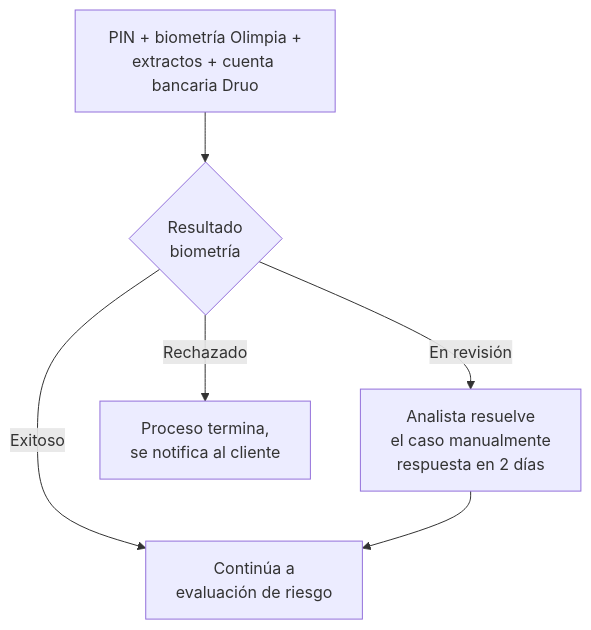
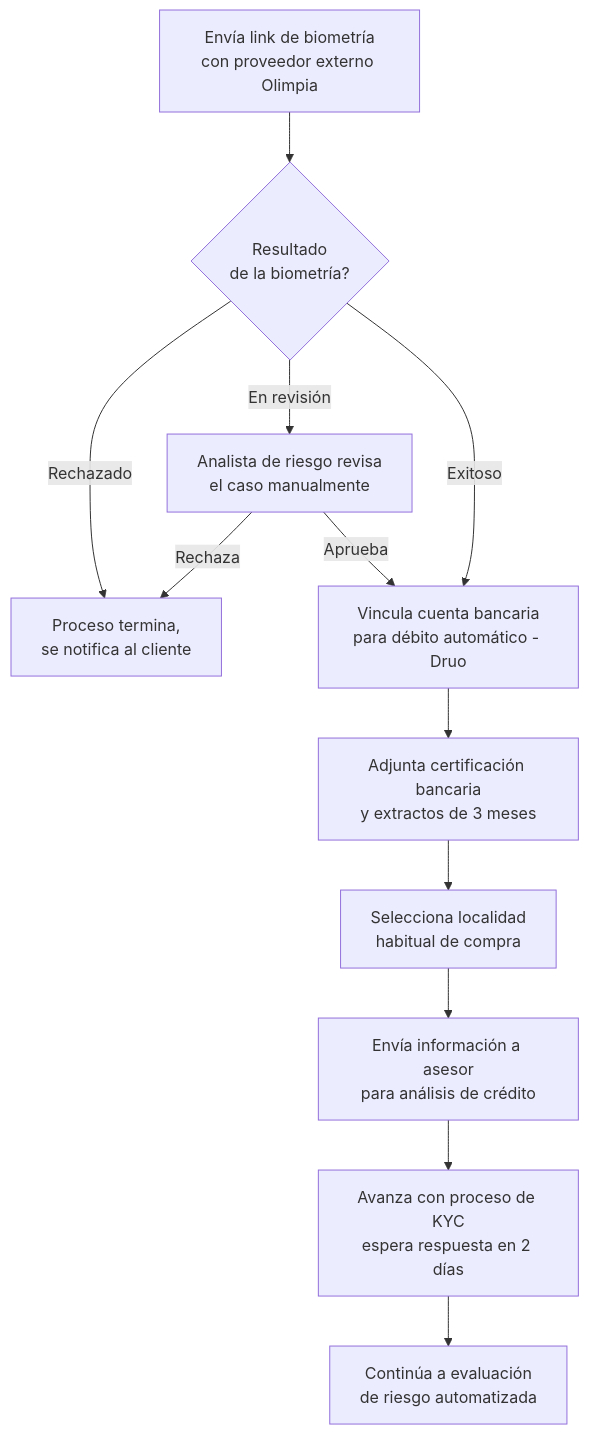
One commit to MariaFer2006/documentaci-n_flipa- changed the diagram in negocio/procesos/03-validacion-kyc.md. Above: the diagram before and after it, drawn with Mermaid. The commit also changed other lines of this file, not shown here.

First line of the commit message:
Mejore la documentación de KYC con control de versiones y actualizaciones de flujo.

````diff
--- a/negocio/procesos/03-validacion-kyc.md
+++ b/negocio/procesos/03-validacion-kyc.md
@@ -17,8 +26,14 @@
 ```mermaid
 flowchart TD
-    A[PIN + biometría Olimpia +\nextractos + cuenta bancaria Druo] --> B{Resultado\nbiometría}
-    B -->|Exitoso| C[Continúa a\nevaluación de riesgo]
-    B -->|En revisión| D[Analista resuelve\nel caso manualmente\nrespuesta en 2 días]
-    D --> C
-    B -->|Rechazado| E[Proceso termina,\nse notifica al cliente]
+    A[Envía link de biometría\ncon proveedor externo Olimpia] --> B{Resultado\nde la biometría?}
+    B -->|Rechazado| C[Proceso termina,\nse notifica al cliente]
+    B -->|En revisión| D[Analista de riesgo revisa\nel caso manualmente]
+    D -->|Rechaza| C
+    D -->|Aprueba| E
+    B -->|Exitoso| E[Vincula cuenta bancaria\npara débito automático - Druo]
+    E --> F[Adjunta certificación bancaria\ny extractos de 3 meses]
+    F --> G[Selecciona localidad\nhabitual de compra]
+    G --> H[Envía información a asesor\npara análisis de crédito]
+    H --> I[Avanza con proceso de KYC\nespera respuesta en 2 días]
+    I --> J[Continúa a evaluación\nde riesgo automatizada]
 ```
````
